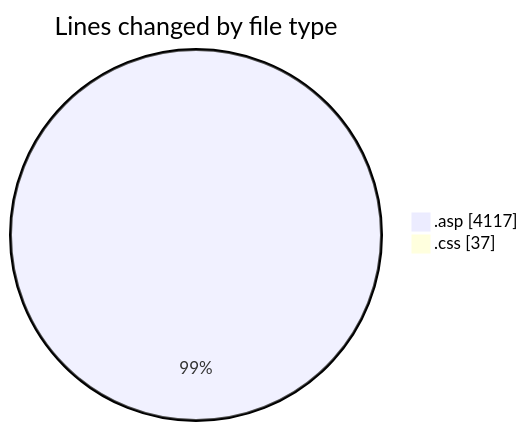
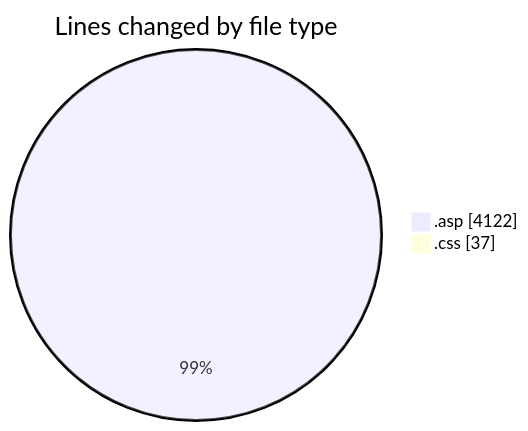
The first of 2 diagrams in 2025-11-02/cdp_aleoudev_fr__workspace_/README.md (julien-gomy/code-tracking), drawn with Mermaid before and after one commit. The commit also changed other lines of this file and 1 other file, not shown here.

````diff
--- a/2025-11-02/cdp_aleoudev_fr__workspace_/README.md
+++ b/2025-11-02/cdp_aleoudev_fr__workspace_/README.md
@@ -24,6 +24,6 @@
 ```mermaid
 pie showData
 title Lines changed by file type
-".asp" : 4117
+".asp" : 4122
 ".css" : 37
 ```
````
